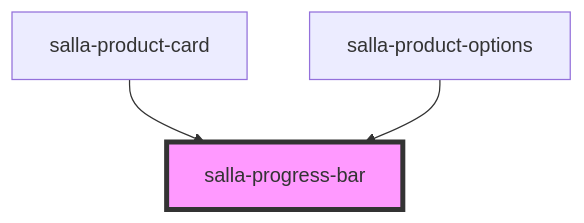
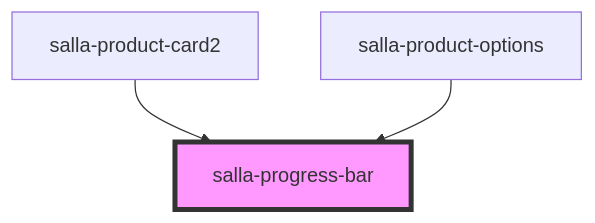
The diagram in src/components/salla-progress-bar/readme.md (Almo7aya/twilight-components_test), drawn with Mermaid before and after one commit. The commit also changed other lines of this file and 6 other files, not shown here.

````diff
--- a/src/components/salla-progress-bar/readme.md
+++ b/src/components/salla-progress-bar/readme.md
@@ -31,6 +31,6 @@
 ```mermaid
 graph TD;
-  salla-product-card --> salla-progress-bar
+  salla-product-card2 --> salla-progress-bar
   salla-product-options --> salla-progress-bar
   style salla-progress-bar fill:#f9f,stroke:#333,stroke-width:4px
 ```
````
